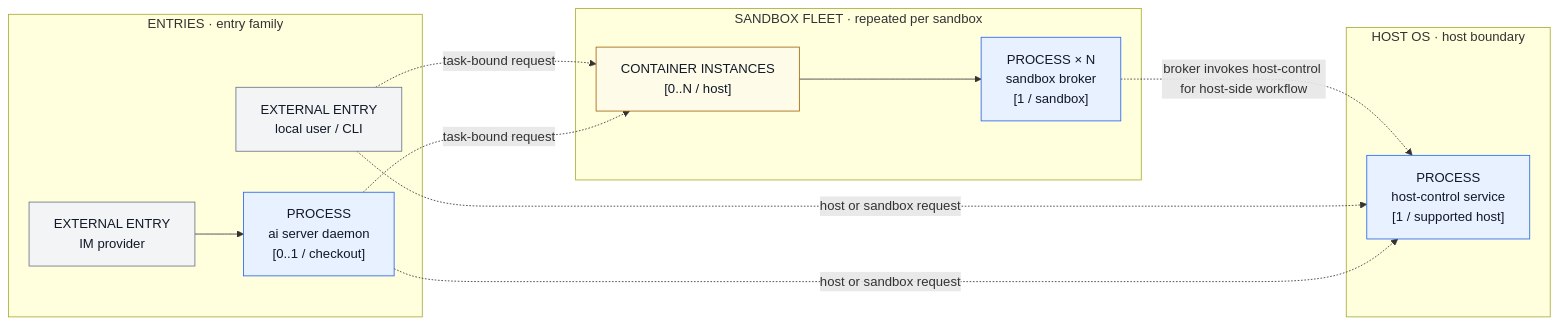
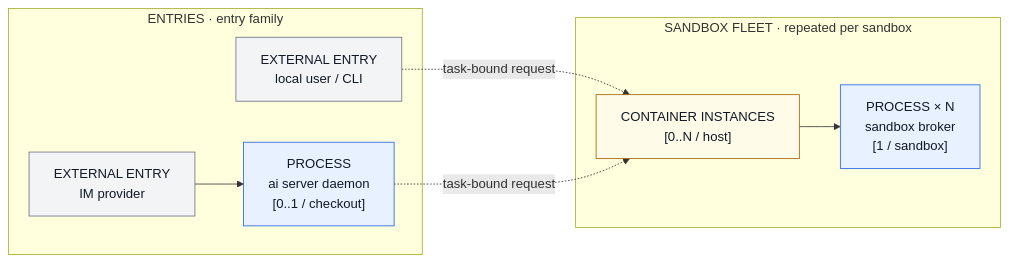
Before and after one commit to fitlab-ai/agent-infra: the second of 4 diagrams in docs/en/architecture.md, drawn with Mermaid. The commit also changed other lines of this file and 45 other files, not shown here.

First line of the commit message:
refactor(cli): 移除全局 host-control 常驻服务  (#1021)

````diff
--- a/docs/en/architecture.md
+++ b/docs/en/architecture.md
@@ -57,30 +57,22 @@
 ```mermaid
 flowchart LR
   classDef process fill:#e8f1ff,stroke:#2563eb,color:#111827;
   classDef boundary fill:#fefce8,stroke:#a16207,color:#111827;
   classDef external fill:#f3f4f6,stroke:#6b7280,color:#111827;
 
   subgraph I["ENTRIES · entry family"]
     CLI["EXTERNAL ENTRY<br/>local user / CLI"]:::external
     IM["EXTERNAL ENTRY<br/>IM provider"]:::external
     D["PROCESS<br/>ai server daemon<br/>[0..1 / checkout]"]:::process
     IM --> D
   end
 
-  subgraph H["HOST OS · host boundary"]
-    HC["PROCESS<br/>host-control service<br/>[1 / supported host]"]:::process
-  end
-
   subgraph F["SANDBOX FLEET · repeated per sandbox"]
     C["CONTAINER INSTANCES<br/>[0..N / host]"]:::boundary
     B["PROCESS × N<br/>sandbox broker<br/>[1 / sandbox]"]:::process
     C --> B
   end
 
-  B -. "broker invokes host-control for host-side workflow" .-> HC
-
-  CLI -. host or sandbox request .-> HC
-  D -. host or sandbox request .-> HC
   CLI -. task-bound request .-> C
   D -. task-bound request .-> C
 ```
````
